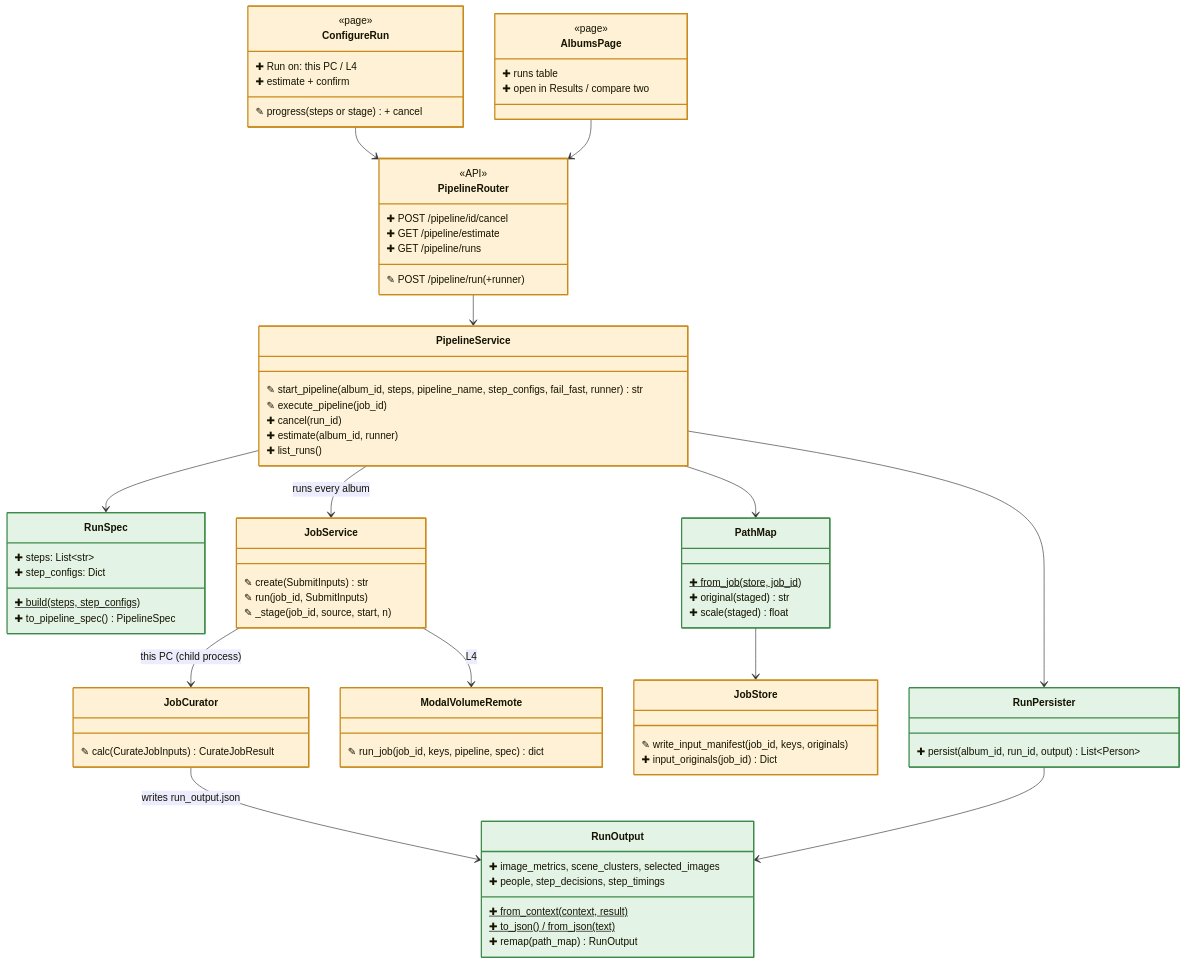
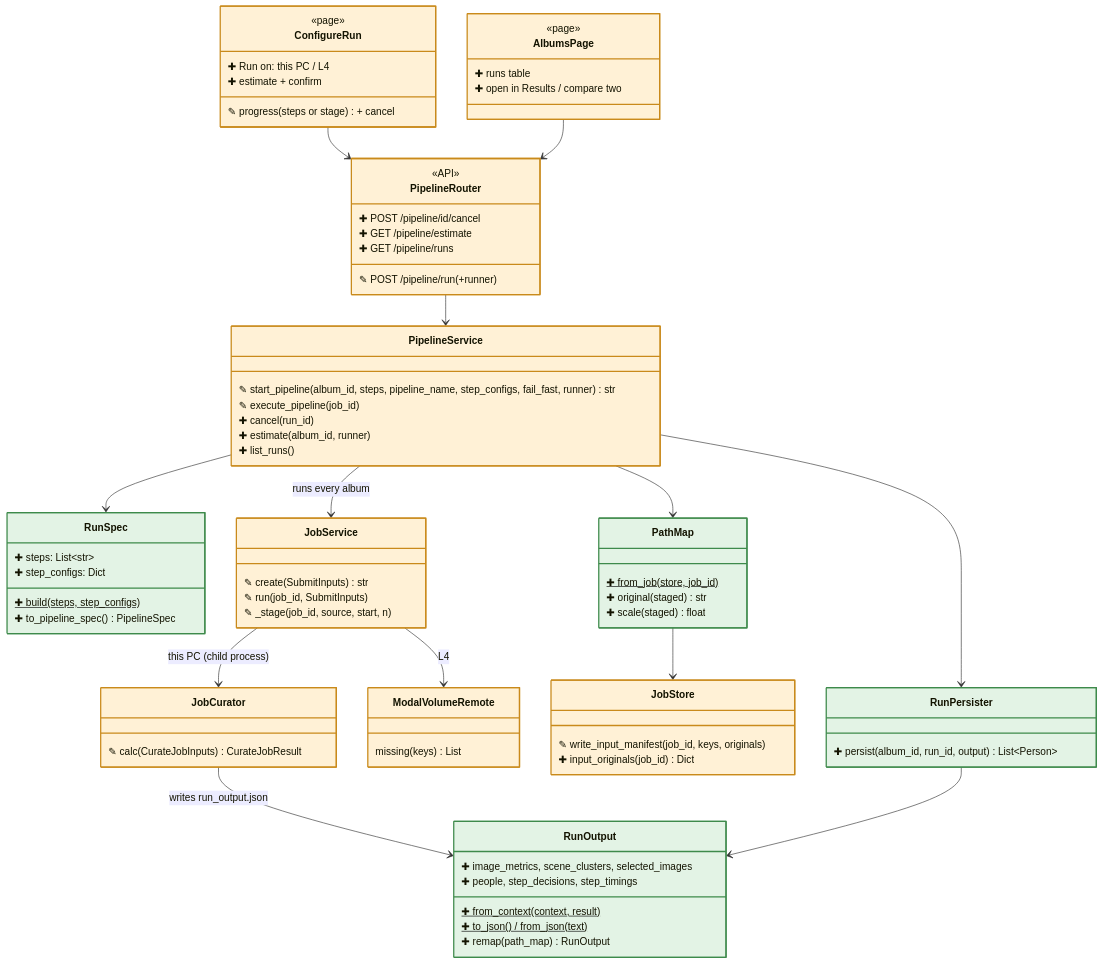
The second of 2 diagrams in specs/116-one-run-path/spec.md (jonathanhexner/albumify), drawn with Mermaid before and after one commit. The commit also changed other lines of this file and 16 other files, not shown here.

```diff
--- a/specs/116-one-run-path/spec.md
+++ b/specs/116-one-run-path/spec.md
@@ -117,7 +117,7 @@
     ✎ calc(CurateJobInputs) CurateJobResult
   }
   class ModalVolumeRemote {
-    ✎ run_job(job_id, keys, pipeline, spec) dict
+    missing(keys) List
   }
   class JobStore {
     ✎ write_input_manifest(job_id, keys, originals)
```
